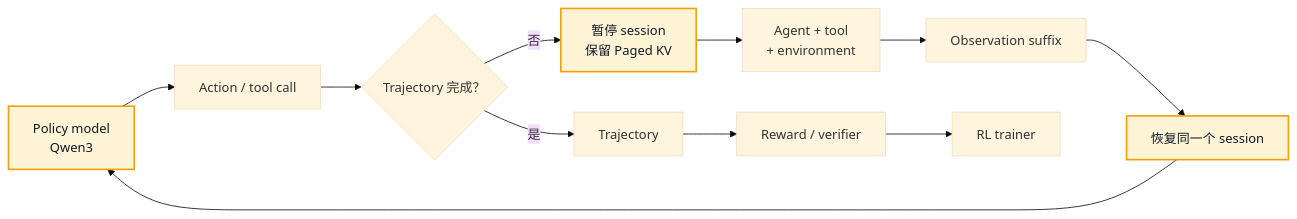
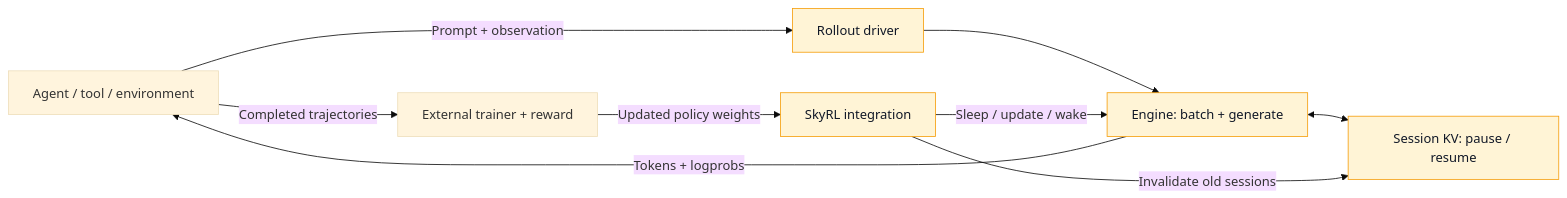
One commit to yuzheng310/qwen3-runtime changed the diagram in README.zh-CN.md. Above: the diagram before and after it, drawn with Mermaid (base theme). The commit also changed other lines of this file and 26 other files, not shown here.

````diff
--- a/README.zh-CN.md
+++ b/README.zh-CN.md
@@ -90,16 +174,13 @@
 ```mermaid
 flowchart LR
-    P["Policy model<br/>Qwen3"] --> A["Action / tool call"]
-    A --> D{"Trajectory 完成？"}
-    D -- "否" --> K["暂停 session<br/>保留 Paged KV"]
-    K --> T["Agent + tool<br/>+ environment"]
-    T --> O["Observation suffix"]
-    O --> R["恢复同一个 session"]
-    R --> P
-    D -- "是" --> X["Trajectory"]
-    X --> V["Reward / verifier"]
-    V --> L["RL trainer"]
-
-    classDef runtime fill:#fff4d6,stroke:#f59e0b,color:#111827,stroke-width:2px;
-    class P,K,R runtime;
+    A["Agent / tool / environment"] -->|"Prompt + observation"| D["Rollout driver"]
+    D --> E["Engine: batch + generate"]
+    E -->|"Tokens + logprobs"| A
+    E <--> K["Session KV: pause / resume"]
+    A -->|"Completed trajectories"| T["External trainer + reward"]
+    T -->|"Updated policy weights"| I["SkyRL integration"]
+    I -->|"Sleep / update / wake"| E
+    I -->|"Invalidate old sessions"| K
+    classDef runtime fill:#fff4d6,stroke:#f59e0b,color:#111827;
+    class D,E,K,I runtime;
 ```
````
